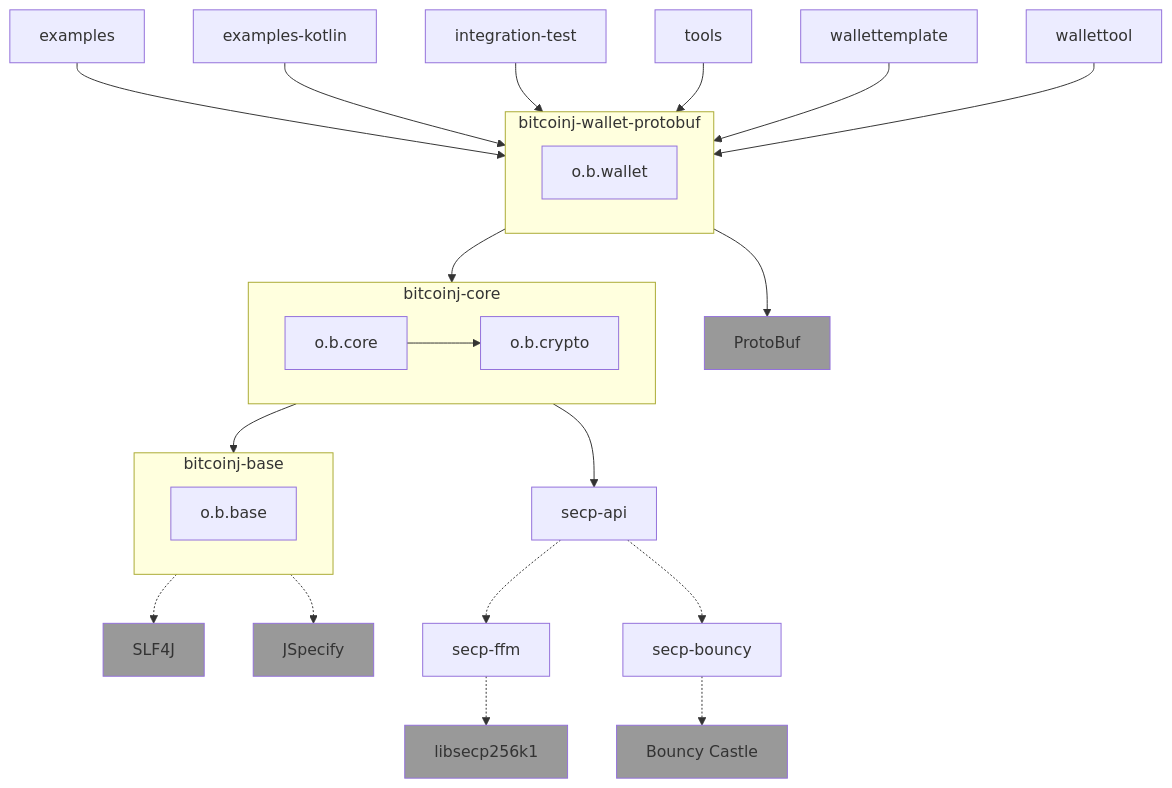
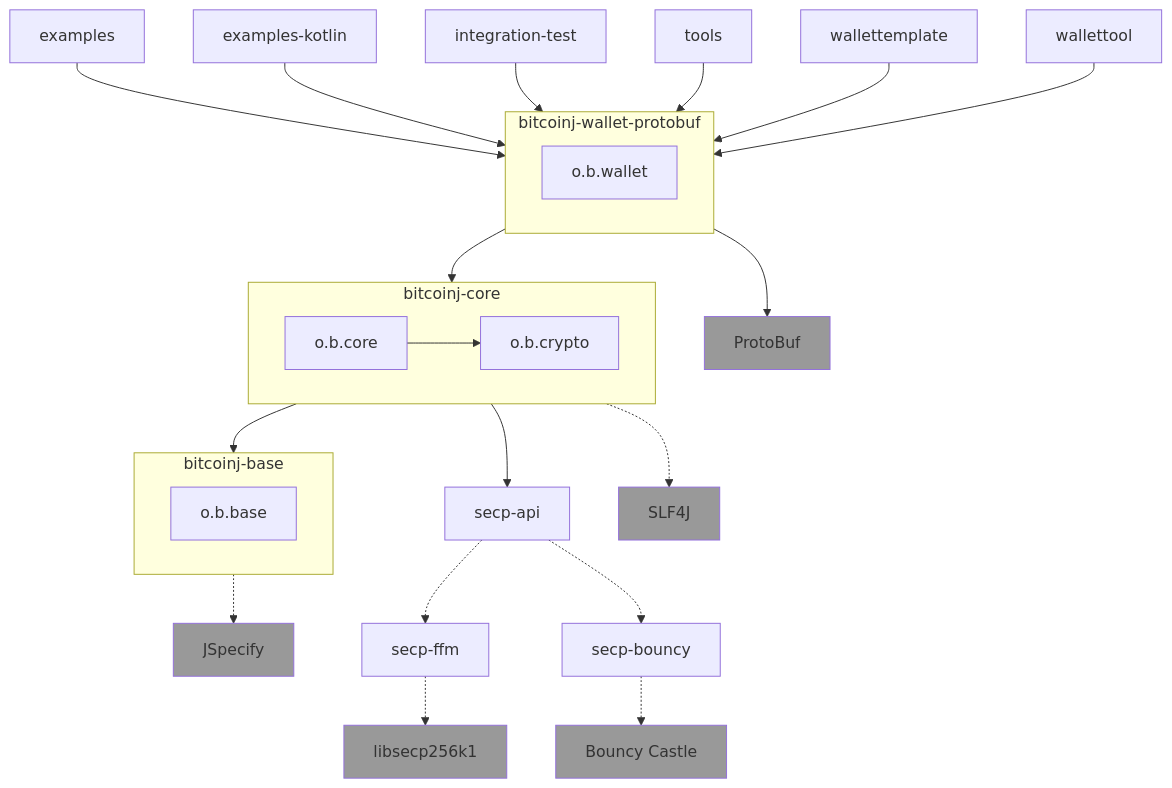
Before and after one commit to bitcoinj/bitcoinj: the fourth of 4 diagrams in designdocs/modular-architecture.md, drawn with Mermaid. The commit also changed other lines of this file, not shown here.

Commit message:
modular-architecture.md: remove dependency of `base` on slf4j
Base does not currently depend on slf4j and shouldn't need to.
There is nothing complicated enough in base to need logging.

This commit updates the diagram to show that core depends on
slf4j, rather than treating it as a pseudo-transitive dependency.

`````diff
--- a/designdocs/modular-architecture.md
+++ b/designdocs/modular-architecture.md
@@ -109,31 +109,31 @@
 ````mermaid
 flowchart TD
     E[examples] --> WALLET
     EK[examples-kotlin] --> WALLET
     IT[integration-test] --> WALLET
     T[tools] --> WALLET
     FX[wallettemplate] --> WALLET
     WT[wallettool] --> WALLET
     subgraph WALLET [bitcoinj-wallet-protobuf]
         W[o.b.wallet]
     end
     WALLET --> CORE
     WALLET --> P[ProtoBuf]
     subgraph CORE [bitcoinj-core]
         CO[o.b.core] --> CR[o.b.crypto]
     end
     CORE --> BASE
     CORE --> SECP
-    BASE .-> S[SLF4J]
+    CORE .-> S[SLF4J]
     BASE .-> JS[JSpecify]
     SECP[secp-api] .-> SECPFFM[secp-ffm]
     SECP .-> SECPBOUNCY[secp-bouncy]
     SECPBOUNCY .-> BC[Bouncy Castle]
     SECPFFM .-> LP[libsecp256k1]
     subgraph BASE [bitcoinj-base]
         B[o.b.base]
     end
 
 classDef external fill:#999;
 class G,S,JS,BC,LP,P external;
 ````
`````
